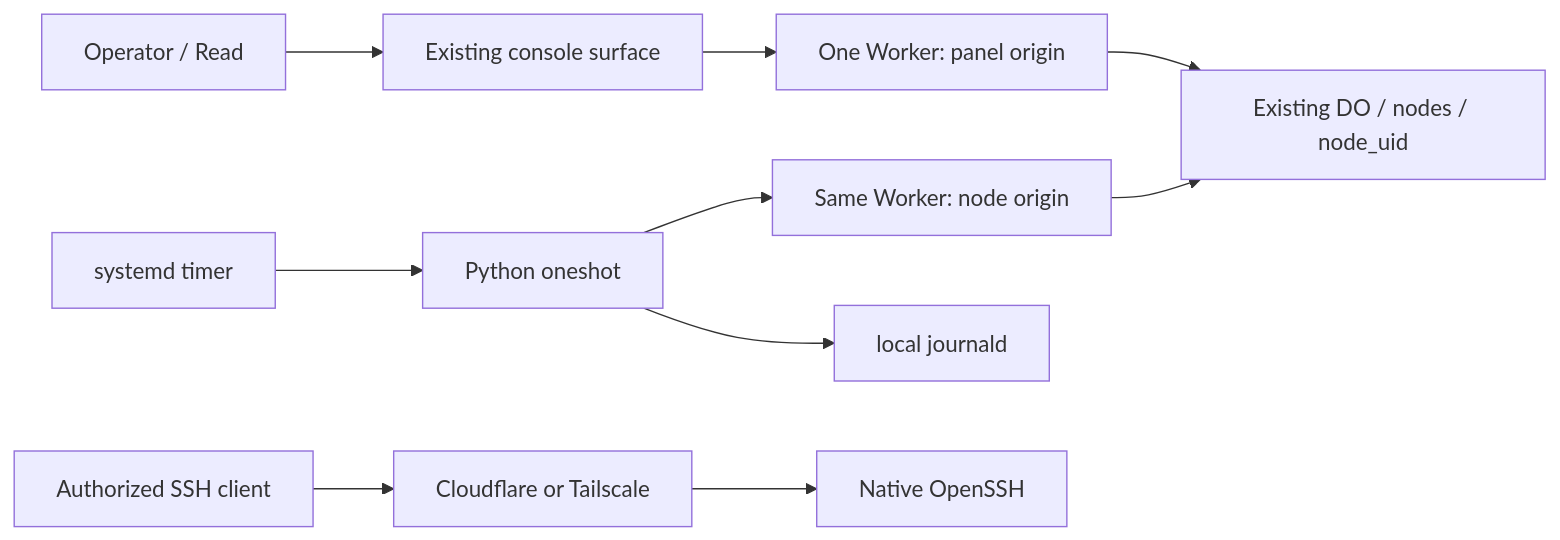
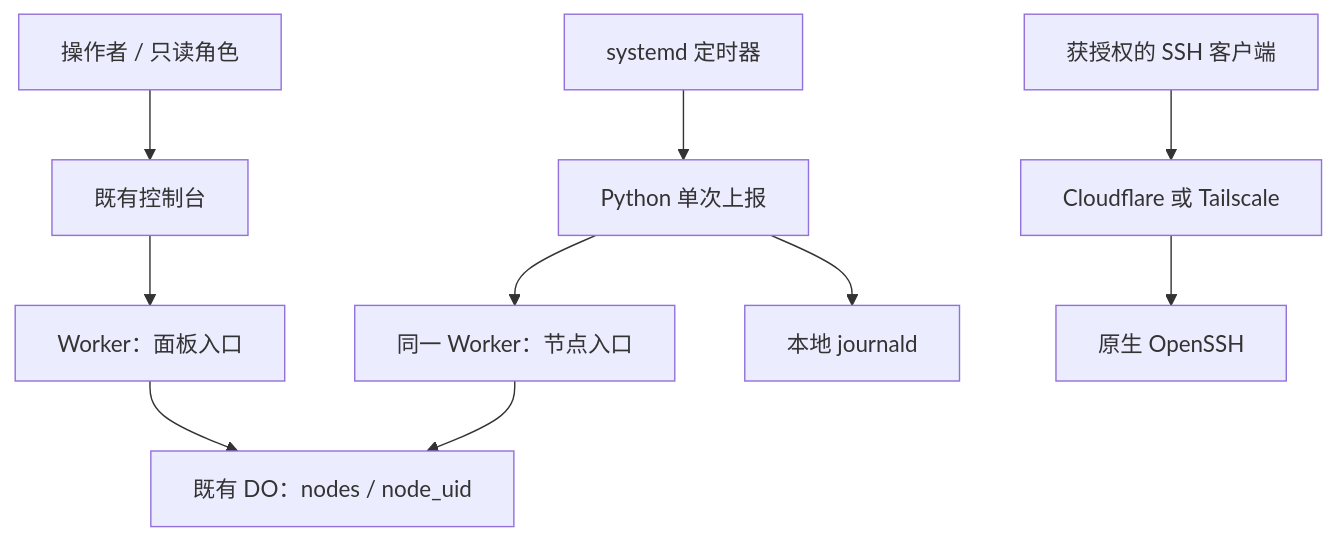
Before and after one commit to youling/ghostfleet: the diagram in docs/adr/004-lightweight-enrollment-presence.md, drawn with Mermaid. The commit also changed other lines of this file and 12 other files, not shown here.

Commit message:
docs: 收敛三节点回执、中文架构图与纳管体验研究

````diff
--- a/docs/adr/004-lightweight-enrollment-presence.md
+++ b/docs/adr/004-lightweight-enrollment-presence.md
@@ -35,12 +35,12 @@
 ```mermaid
-flowchart LR
-  Human["Operator / Read"] --> Panel["Existing console surface"]
-  Panel --> API["One Worker: panel origin"]
-  Reporter["Python oneshot"] --> Edge["Same Worker: node origin"]
-  Timer["systemd timer"] --> Reporter
-  Reporter --> Journal["local journald"]
-  API --> Store["Existing DO / nodes / node_uid"]
+flowchart TD
+  Human["操作者 / 只读角色"] --> Panel["既有控制台"]
+  Panel --> API["Worker：面板入口"]
+  Reporter["Python 单次上报"] --> Edge["同一 Worker：节点入口"]
+  Timer["systemd 定时器"] --> Reporter
+  Reporter --> Journal["本地 journald"]
+  API --> Store["既有 DO：nodes / node_uid"]
   Edge --> Store
-  Client["Authorized SSH client"] --> Network["Cloudflare or Tailscale"]
-  Network --> SSH["Native OpenSSH"]
+  Client["获授权的 SSH 客户端"] --> Network["Cloudflare 或 Tailscale"]
+  Network --> SSH["原生 OpenSSH"]
 ```
````
